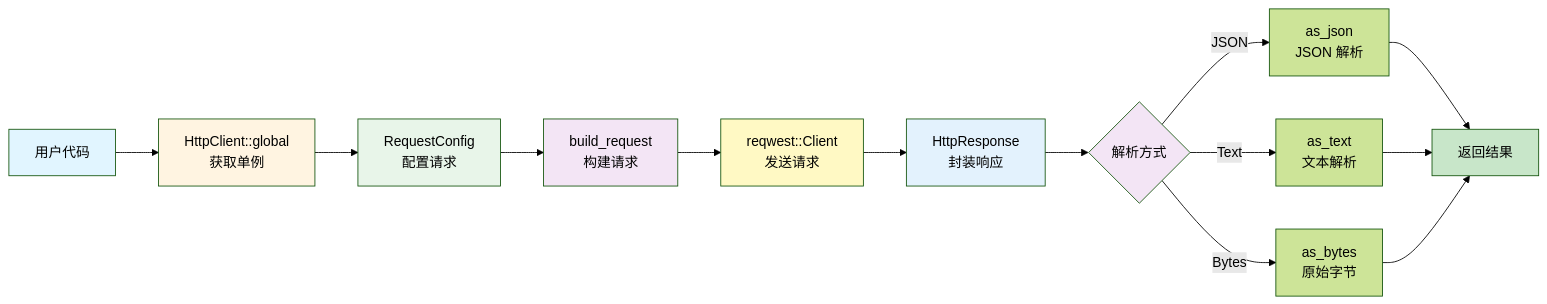
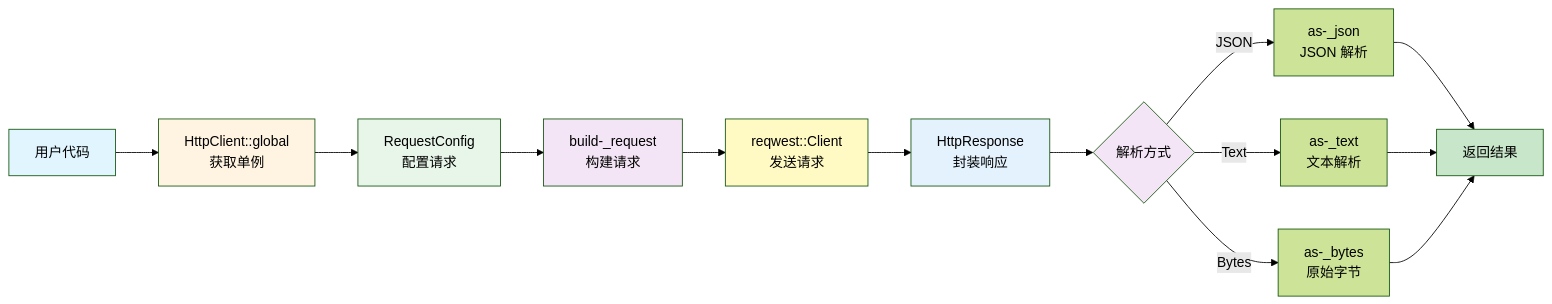
The first of 2 diagrams in docs/architecture/http.md (zevwings/workflow.rs), drawn with Mermaid (forest theme) before and after one commit. The commit also changed other lines of this file and 57 other files, not shown here.

````diff
--- a/docs/architecture/http.md
+++ b/docs/architecture/http.md
@@ -428,24 +428,24 @@
 ```mermaid
 flowchart LR
     User[用户代码] --> Client[HttpClient::global<br/>获取单例]
     Client --> Config[RequestConfig<br/>配置请求]
-    Config --> Build[build_request<br/>构建请求]
+    Config --> Build[build-_request<br/>构建请求]
     Build --> Reqwest[reqwest::Client<br/>发送请求]
     Reqwest --> Response[HttpResponse<br/>封装响应]
     Response --> Parse{解析方式}
-    Parse -->|JSON| Json[as_json<br/>JSON 解析]
-    Parse -->|Text| Text[as_text<br/>文本解析]
-    Parse -->|Bytes| Bytes[as_bytes<br/>原始字节]
+    Parse -->|JSON| Json[as-_json<br/>JSON 解析]
+    Parse -->|Text| Text[as-_text<br/>文本解析]
+    Parse -->|Bytes| Bytes[as-_bytes<br/>原始字节]
     Json --> Result[返回结果]
     Text --> Result
     Bytes --> Result
 
     style User fill:#e1f5ff
     style Client fill:#fff4e1
     style Config fill:#e8f5e9
     style Build fill:#f3e5f5
     style Reqwest fill:#fff9c4
     style Response fill:#e3f2fd
     style Parse fill:#f3e5f5
     style Result fill:#c8e6c9
 ```
````
